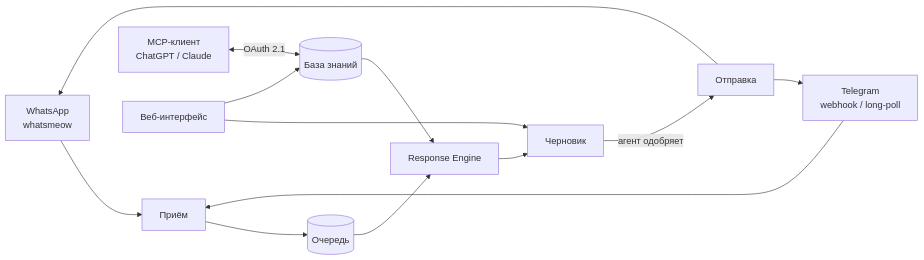
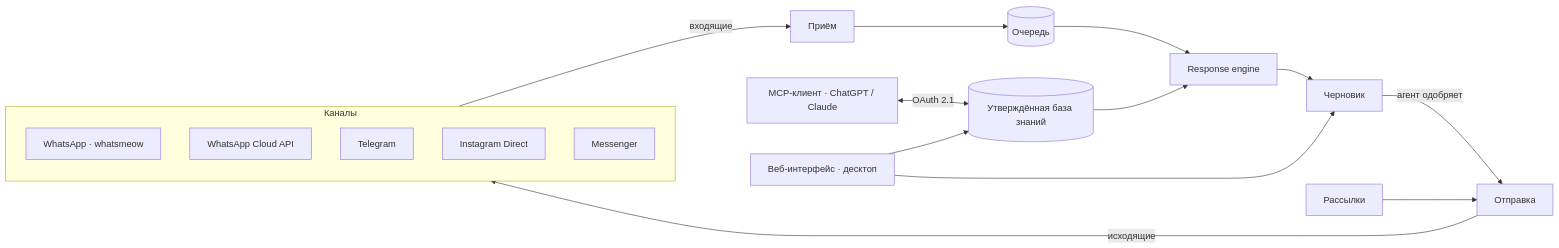
The diagram in README.ru.md (yerassyldanay/xchats), drawn with Mermaid before and after one commit. The commit also changed other lines of this file and 7 other files, not shown here.

````diff
--- a/README.ru.md
+++ b/README.ru.md
@@ -101,15 +194,23 @@
 ```mermaid
 flowchart LR
-    WA[WhatsApp\nwhatsmeow] --> ING[Приём]
-    TG[Telegram\nwebhook / long-poll] --> ING
-    ING --> Q[(Очередь)]
-    Q --> ENG[Response Engine]
-    KB[(База знаний)] --> ENG
-    ENG --> DR[Черновик]
-    DR -->|агент одобряет| SEND[Отправка]
-    SEND --> WA
-    SEND --> TG
-    MCP[MCP-клиент\nChatGPT / Claude] <-->|OAuth 2.1| KB
-    UI[Веб-интерфейс] --> DR
+    subgraph CH["Каналы"]
+        WA["WhatsApp · whatsmeow"]
+        WAC["WhatsApp Cloud API"]
+        TG["Telegram"]
+        IG["Instagram Direct"]
+        MS["Messenger"]
+    end
+
+    CH -->|входящие| ING["Приём"]
+    ING --> Q[("Очередь")]
+    Q --> ENG["Response engine"]
+    KB[("Утверждённая база знаний")] --> ENG
+    ENG --> DR["Черновик"]
+    DR -->|агент одобряет| SEND["Отправка"]
+    CMP["Рассылки"] --> SEND
+    SEND -->|исходящие| CH
+
+    MCP["MCP-клиент · ChatGPT / Claude"] <-->|"OAuth 2.1"| KB
+    UI["Веб-интерфейс · десктоп"] --> DR
     UI --> KB
 ```
````
